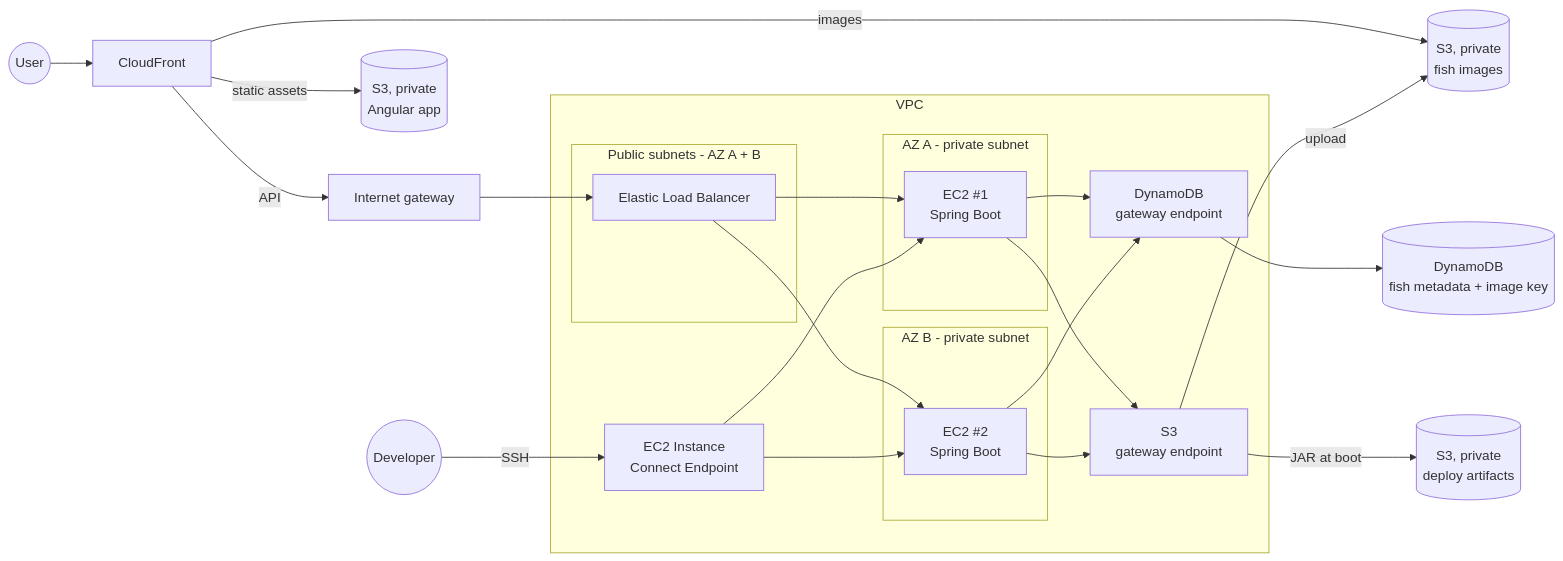
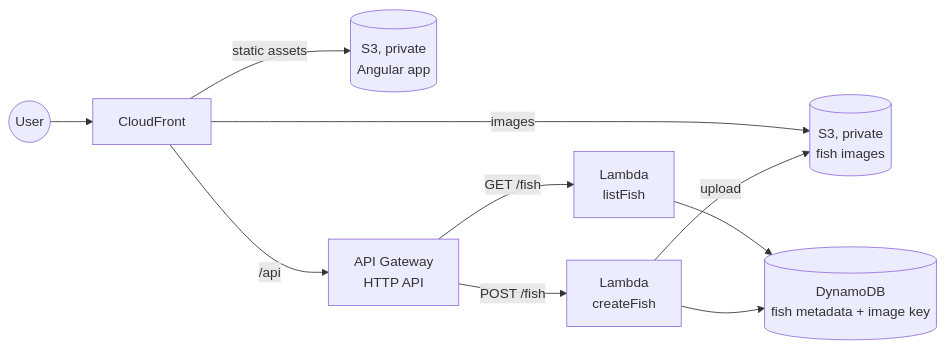
Before and after one commit to ChunKaiC/k41studio.com: the diagram in README.md, drawn with Mermaid. The commit also changed other lines of this file and 3 other files, not shown here.

````diff
--- a/README.md
+++ b/README.md
@@ -17,34 +17,12 @@
 ```mermaid
 flowchart LR
     User((User)) --> CF[CloudFront]
-    Dev((Developer)) -->|SSH| EICE
     CF -->|static assets| S3[(S3, private<br/>Angular app)]
     CF -->|images| IMG[(S3, private<br/>fish images)]
-    CF -->|API| IGW[Internet gateway]
-    subgraph VPC
-        subgraph Public subnets - AZ A + B
-            ELB[Elastic Load Balancer]
-        end
-        subgraph AZ A - private subnet
-            EC2A[EC2 #1<br/>Spring Boot]
-        end
-        subgraph AZ B - private subnet
-            EC2B[EC2 #2<br/>Spring Boot]
-        end
-        EICE[EC2 Instance<br/>Connect Endpoint]
-        DGW[DynamoDB<br/>gateway endpoint]
-        SGW[S3<br/>gateway endpoint]
-    end
-    IGW --> ELB
-    ELB --> EC2A
-    ELB --> EC2B
-    EICE --> EC2A
-    EICE --> EC2B
-    EC2A --> DGW
-    EC2B --> DGW
-    DGW --> DDB[(DynamoDB<br/>fish metadata + image key)]
-    EC2A --> SGW
-    EC2B --> SGW
-    SGW -->|upload| IMG
-    SGW -->|JAR at boot| ART[(S3, private<br/>deploy artifacts)]
+    CF -->|/api| APIGW[API Gateway<br/>HTTP API]
+    APIGW -->|GET /fish| LGET[Lambda<br/>listFish]
+    APIGW -->|POST /fish| LPOST[Lambda<br/>createFish]
+    LGET --> DDB[(DynamoDB<br/>fish metadata + image key)]
+    LPOST --> DDB
+    LPOST -->|upload| IMG
 ```
````
